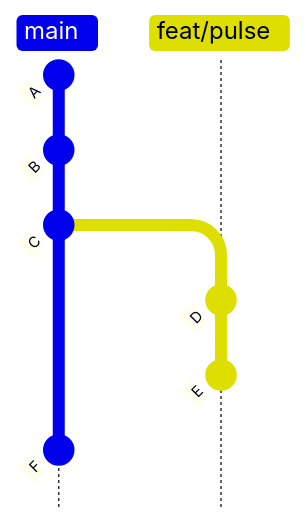
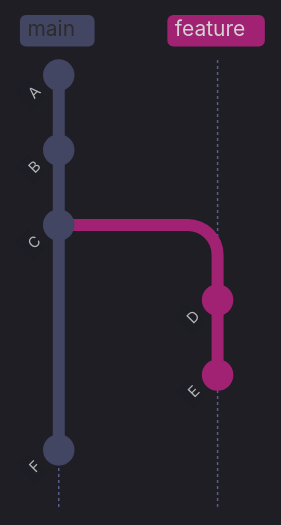
One commit to alp78/elysium changed the second of 11 diagrams in content/08-Git/03-git-branching-and-merging.md. Above: the diagram before and after it, drawn with Mermaid. The commit also changed other lines of this file and 8 other files, not shown here.

````diff
--- a/content/08-Git/03-git-branching-and-merging.md
+++ b/content/08-Git/03-git-branching-and-merging.md
@@ -40,12 +95,23 @@
 ```mermaid
-
+%%{init: {'theme': 'dark', 'themeVariables': {
+  'primaryColor': '#292e42',
+  'primaryTextColor': '#c0caf5',
+  'primaryBorderColor': '#565f89',
+  'lineColor': '#565f89',
+  'secondaryColor': '#1a1b26',
+  'tertiaryColor': '#24283b',
+  'noteTextColor': '#c0caf5',
+  'noteBkgColor': '#292e42',
+  'textColor': '#c0caf5',
+  'fontSize': '14px'
+}, 'gitGraph': {'mainBranchName': 'main'}}}%%
 gitGraph TB:
   commit id: "A"
   commit id: "B"
   commit id: "C"
-  branch feat/pulse
+  branch feature
   commit id: "D"
   commit id: "E"
   checkout main
   commit id: "F"
 ```
````
